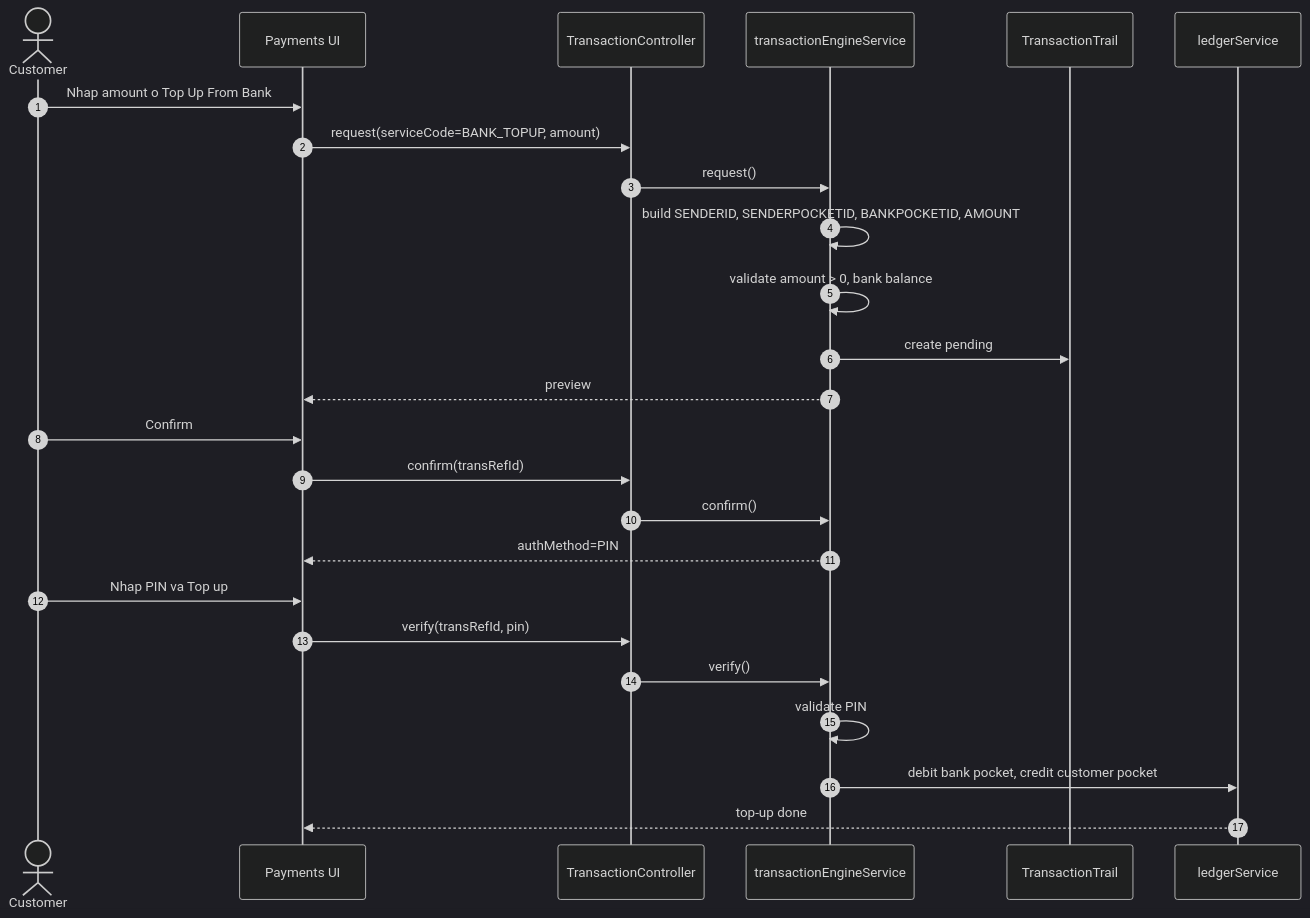
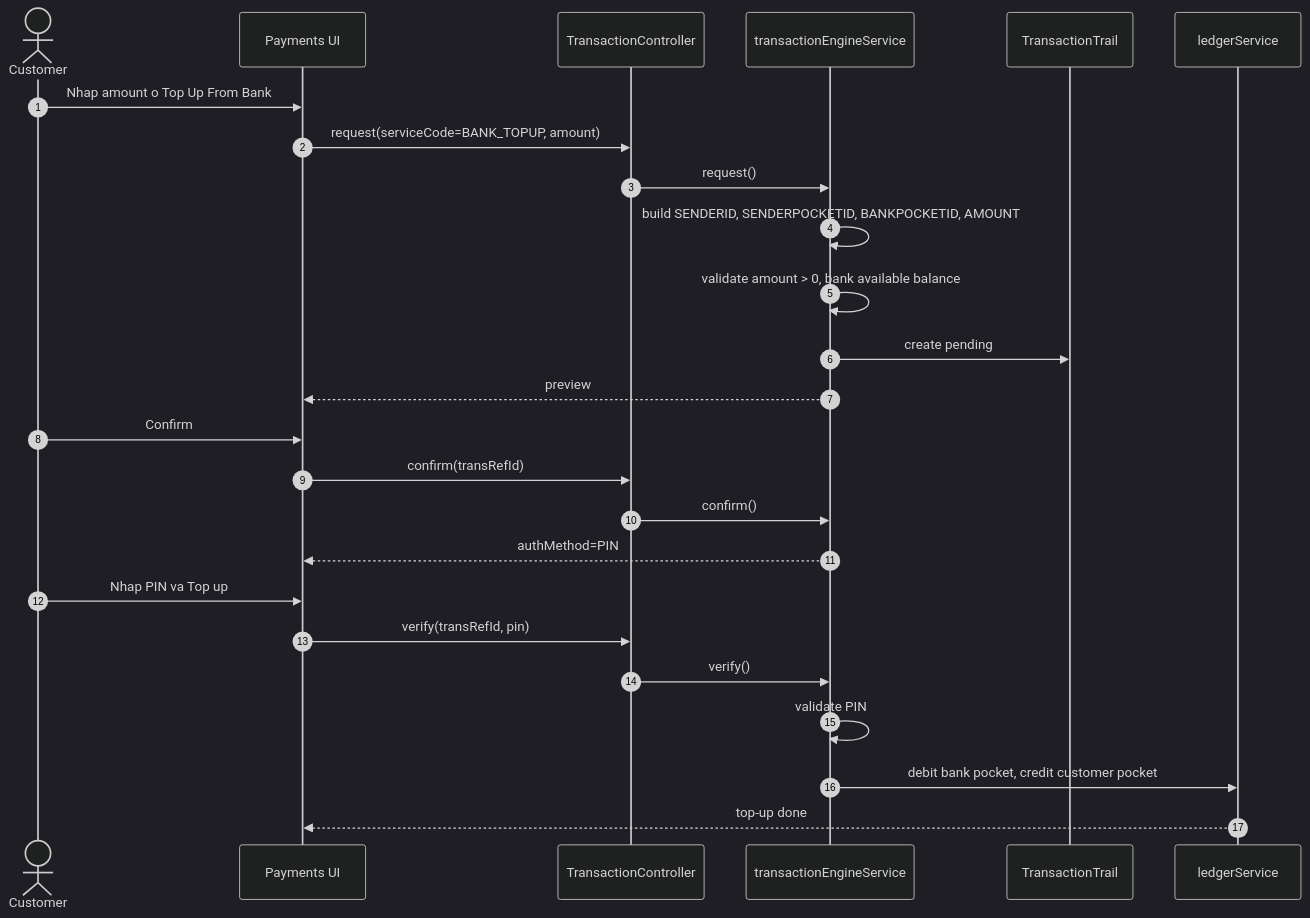
The fourth of 6 diagrams in docs/SEQUENCE_DIAGRAMS.md (Lawliet119/Mini-Wallet-Jits), drawn with Mermaid (dark theme) before and after one commit. The commit also changed other lines of this file and 12 other files, not shown here.

````diff
--- a/docs/SEQUENCE_DIAGRAMS.md
+++ b/docs/SEQUENCE_DIAGRAMS.md
@@ -141,30 +141,30 @@
 ```mermaid
 sequenceDiagram
     autonumber
     actor C as Customer
     participant UI as Payments UI
     participant API as TransactionController
     participant Engine as transactionEngineService
     participant Trail as TransactionTrail
     participant Ledger as ledgerService
 
     C->>UI: Nhap amount o Top Up From Bank
     UI->>API: request(serviceCode=BANK_TOPUP, amount)
     API->>Engine: request()
     Engine->>Engine: build SENDERID, SENDERPOCKETID, BANKPOCKETID, AMOUNT
-    Engine->>Engine: validate amount > 0, bank balance
+    Engine->>Engine: validate amount > 0, bank available balance
     Engine->>Trail: create pending
     Engine-->>UI: preview
 
     C->>UI: Confirm
     UI->>API: confirm(transRefId)
     API->>Engine: confirm()
     Engine-->>UI: authMethod=PIN
 
     C->>UI: Nhap PIN va Top up
     UI->>API: verify(transRefId, pin)
     API->>Engine: verify()
     Engine->>Engine: validate PIN
     Engine->>Ledger: debit bank pocket, credit customer pocket
     Ledger-->>UI: top-up done
 ```
````
